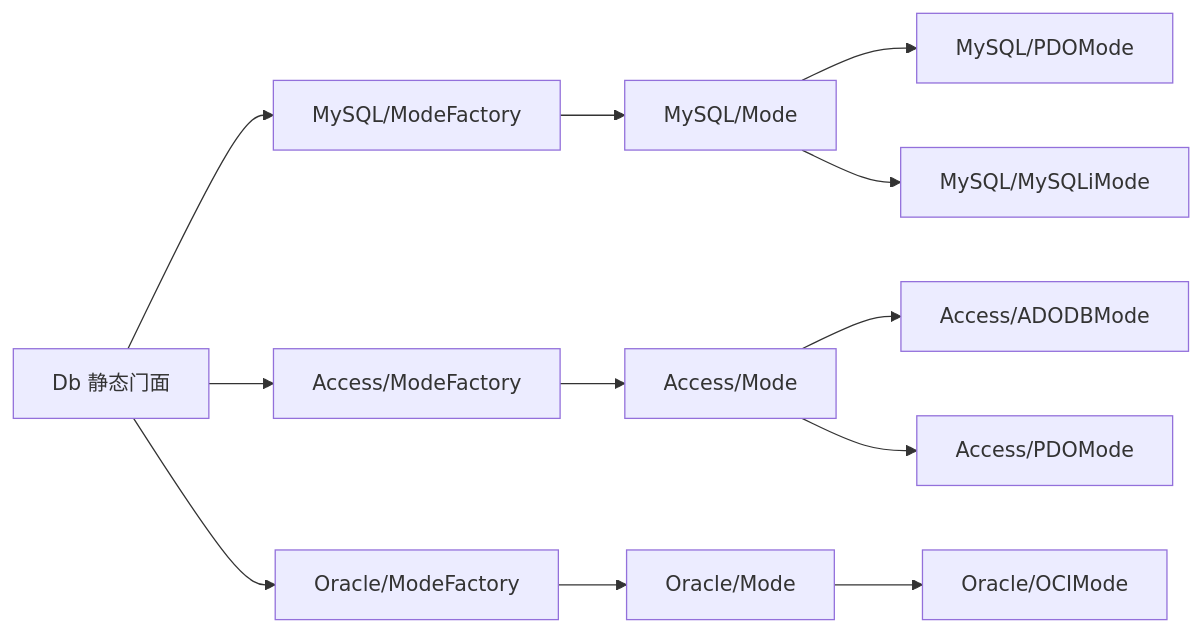
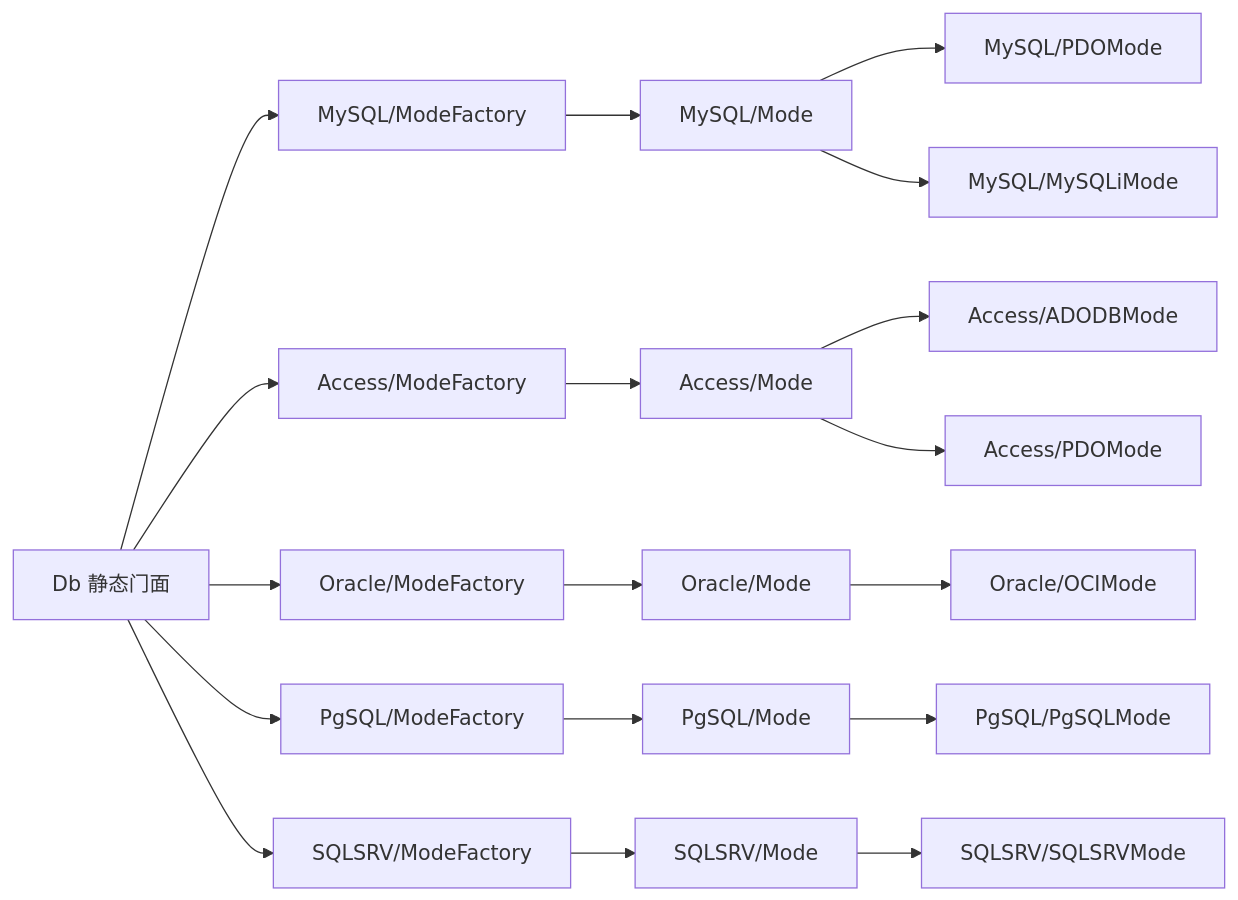
Before and after one commit to fizechan/FizeDatabase: the tenth of 10 diagrams in .qoder/repowiki/zh/content/连接管理/连接管理.md, drawn with Mermaid. The commit also changed other lines of this file and 9 other files, not shown here.

````diff
--- a/.qoder/repowiki/zh/content/连接管理/连接管理.md
+++ b/.qoder/repowiki/zh/content/连接管理/连接管理.md
@@ -305,14 +375,20 @@
 ```mermaid
 graph LR
 Db["Db 静态门面"] --> MF_My["MySQL/ModeFactory"]
 Db --> MF_Acc["Access/ModeFactory"]
 Db --> MF_Orcl["Oracle/ModeFactory"]
+Db --> MF_PG["PgSQL/ModeFactory"]
+Db --> MF_SQLSRV["SQLSRV/ModeFactory"]
 MF_My --> M_My["MySQL/Mode"]
 MF_Acc --> M_Acc["Access/Mode"]
 MF_Orcl --> M_Orcl["Oracle/Mode"]
+MF_PG --> M_PG["PgSQL/Mode"]
+MF_SQLSRV --> M_SQLSRV["SQLSRV/Mode"]
 M_My --> PM_PDO_My["MySQL/PDOMode"]
 M_My --> PM_MySQLi["MySQL/MySQLiMode"]
 M_Acc --> PM_Acc_ADODB["Access/ADODBMode"]
 M_Acc --> PM_Acc_PDO["Access/PDOMode"]
 M_Orcl --> PM_OCIMode["Oracle/OCIMode"]
+M_PG --> PM_PG_PgSQL["PgSQL/PgSQLMode"]
+M_SQLSRV --> PM_SQLSRV_SQLSRV["SQLSRV/SQLSRVMode"]
 ```
````
